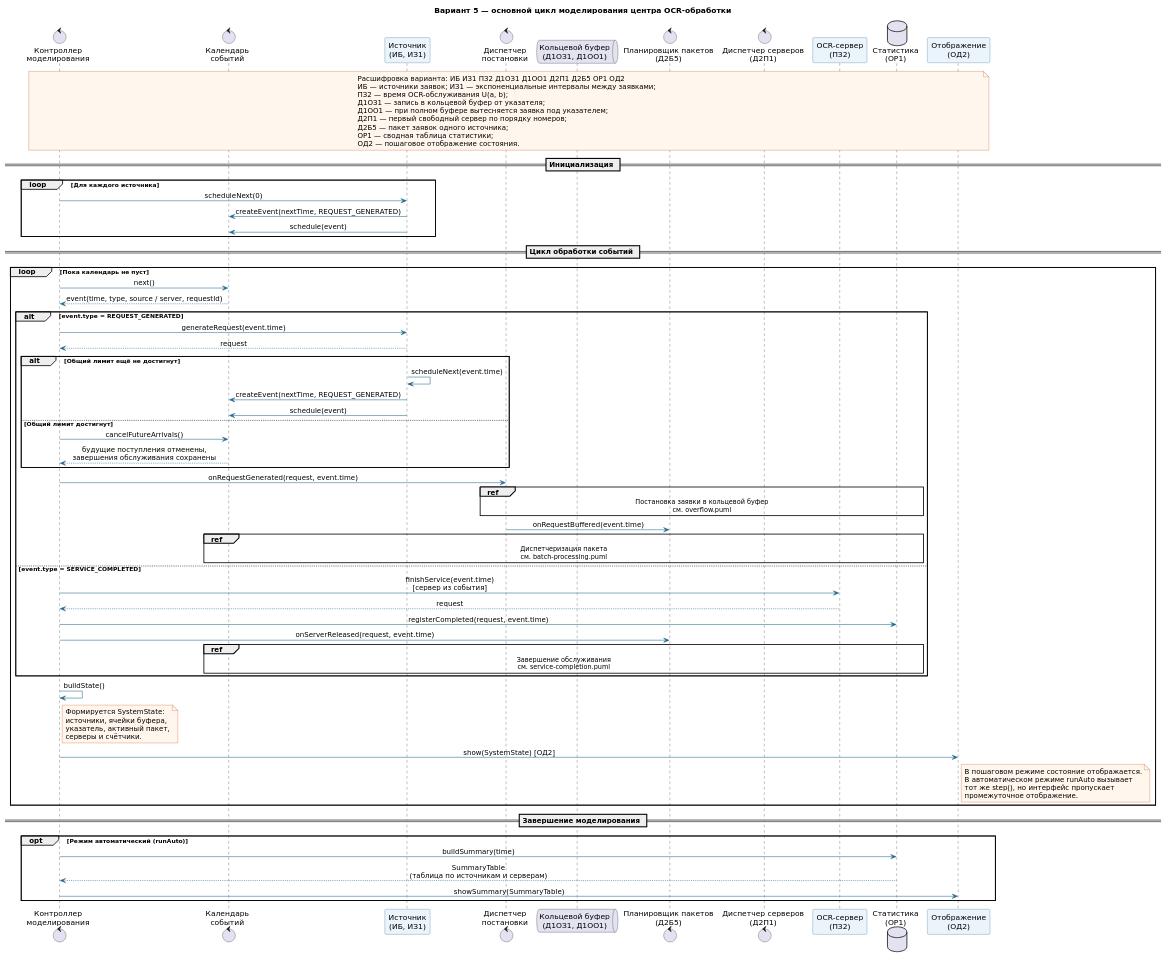
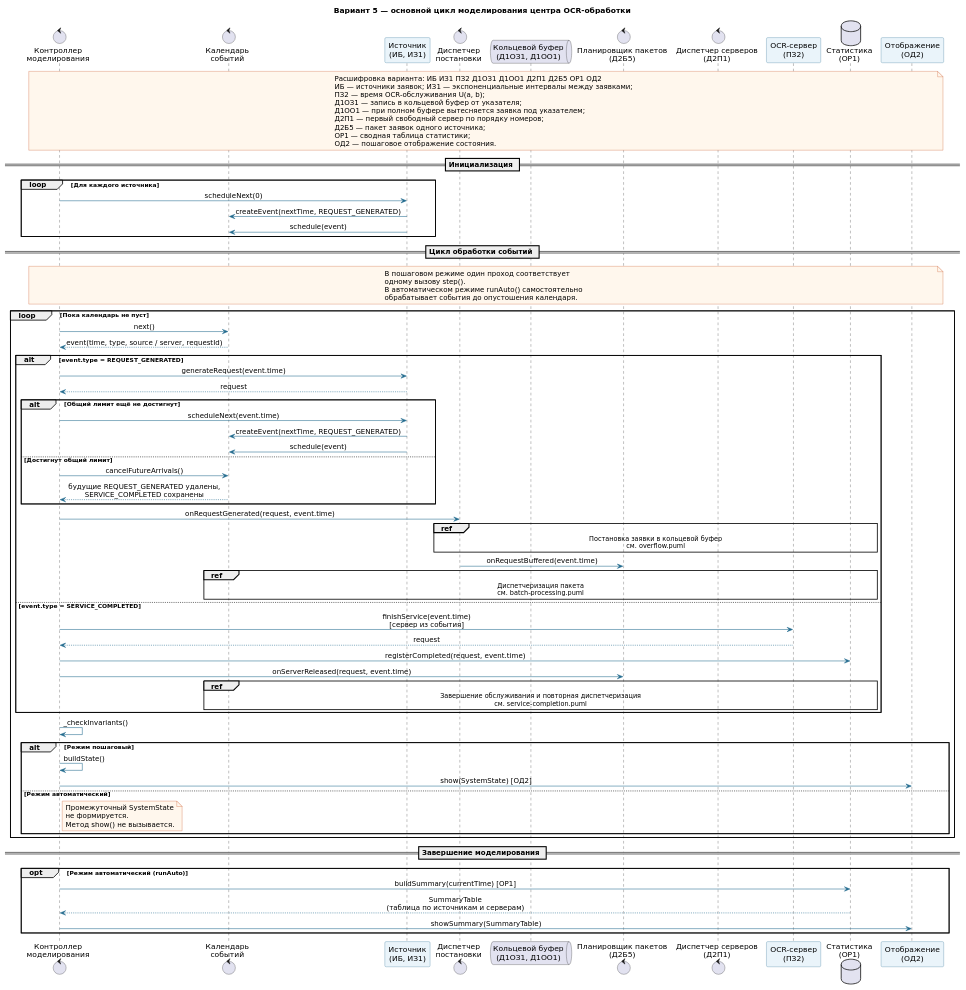
Before and after one commit to xanaoxx/smo-ocr-variant-5: the diagram in smo-ocr-variant-5/diagrams/sequence/main-flow.puml, drawn with PlantUML. The commit also changed other lines of this file, not shown here.

```diff
--- a/smo-ocr-variant-5/diagrams/sequence/main-flow.puml
+++ b/smo-ocr-variant-5/diagrams/sequence/main-flow.puml
@@ -1,118 +2,128 @@
 @startuml
 skinparam backgroundColor white
 skinparam shadowing false
 skinparam defaultFontName DejaVu Sans
 skinparam sequenceMessageAlign center
 skinparam ArrowColor #236B8E
 skinparam ParticipantBorderColor #236B8E
 skinparam ParticipantBackgroundColor #EAF4FA
 skinparam NoteBackgroundColor #FFF7ED
 skinparam NoteBorderColor #C2410C
 
 title Вариант 5 — основной цикл моделирования центра OCR-обработки
 
 control "Контроллер\nмоделирования" as Controller
 control "Календарь\nсобытий" as Calendar
 participant "Источник\n(ИБ, ИЗ1)" as Source
 control "Диспетчер\nпостановки" as Placement
 queue "Кольцевой буфер\n(Д1ОЗ1, Д1ОО1)" as Buffer
 control "Планировщик пакетов\n(Д2Б5)" as Batch
 control "Диспетчер серверов\n(Д2П1)" as ServerDispatch
 participant "OCR-сервер\n(ПЗ2)" as Worker
 database "Статистика\n(ОР1)" as Stats
 participant "Отображение\n(ОД2)" as View
 
 note over Controller, View
 Расшифровка варианта: ИБ ИЗ1 ПЗ2 Д1ОЗ1 Д1ОО1 Д2П1 Д2Б5 ОР1 ОД2
 ИБ — источники заявок; ИЗ1 — экспоненциальные интервалы между заявками;
 ПЗ2 — время OCR-обслуживания U(a, b);
 Д1ОЗ1 — запись в кольцевой буфер от указателя;
 Д1ОО1 — при полном буфере вытесняется заявка под указателем;
 Д2П1 — первый свободный сервер по порядку номеров;
 Д2Б5 — пакет заявок одного источника;
 ОР1 — сводная таблица статистики;
 ОД2 — пошаговое отображение состояния.
 end note
 
 == Инициализация ==
 
 loop Для каждого источника
   Controller -> Source: scheduleNext(0)
   Source -> Calendar: createEvent(nextTime, REQUEST_GENERATED)
   Source -> Calendar: schedule(event)
 end
 
 == Цикл обработки событий ==
 
+note over Controller, View
+В пошаговом режиме один проход соответствует
+одному вызову step().
+В автоматическом режиме runAuto() самостоятельно
+обрабатывает события до опустошения календаря.
+end note
+
 loop Пока календарь не пуст
 
   Controller -> Calendar: next()
   Calendar --> Controller: event(time, type, source / server, requestId)
 
   alt event.type = REQUEST_GENERATED
 
     Controller -> Source: generateRequest(event.time)
     Source --> Controller: request
 
     alt Общий лимит ещё не достигнут
-      Source -> Source: scheduleNext(event.time)
+
+      Controller -> Source: scheduleNext(event.time)
       Source -> Calendar: createEvent(nextTime, REQUEST_GENERATED)
       Source -> Calendar: schedule(event)
-    else Общий лимит достигнут
+
+    else Достигнут общий лимит
+
       Controller -> Calendar: cancelFutureArrivals()
-      Calendar --> Controller: будущие поступления отменены,\nзавершения обслуживания сохранены
+      Calendar --> Controller: будущие REQUEST_GENERATED удалены,\nSERVICE_COMPLETED сохранены
+
     end
 
     Controller -> Placement: onRequestGenerated(request, event.time)
 
     ref over Placement, Buffer, Stats: Постановка заявки в кольцевой буфер\nсм. overflow.puml
 
     Placement -> Batch: onRequestBuffered(event.time)
 
     ref over Batch, Buffer, ServerDispatch, Worker, Calendar, Stats: Диспетчеризация пакета\nсм. batch-processing.puml
 
   else event.type = SERVICE_COMPLETED
 
     Controller -> Worker: finishService(event.time)\n[сервер из события]
     Worker --> Controller: request
 
     Controller -> Stats: registerCompleted(request, event.time)
 
     Controller -> Batch: onServerReleased(request, event.time)
 
-    ref over Batch, Buffer, ServerDispatch, Worker, Calendar, Stats: Завершение обслуживания\nсм. service-completion.puml
+    ref over Batch, Buffer, ServerDispatch, Worker, Calendar, Stats: Завершение обслуживания и повторная диспетчеризация\nсм. service-completion.puml
 
   end
 
-  Controller -> Controller: buildState()
+  Controller -> Controller: _checkInvariants()
 
-  note right of Controller
-    Формируется SystemState:
-    источники, ячейки буфера,
-    указатель, активный пакет,
-    серверы и счётчики.
-  end note
+  alt Режим пошаговый
 
-  Controller -> View: show(SystemState) [ОД2]
+    Controller -> Controller: buildState()
+    Controller -> View: show(SystemState) [ОД2]
 
-  note right of View
-    В пошаговом режиме состояние отображается.
-    В автоматическом режиме runAuto вызывает
-    тот же step(), но интерфейс пропускает
-    промежуточное отображение.
-  end note
+  else Режим автоматический
+
+    note right of Controller
+      Промежуточный SystemState
+      не формируется.
+      Метод show() не вызывается.
+    end note
+
+  end
 
 end
 
 == Завершение моделирования ==
 
 opt Режим автоматический (runAuto)
 
-  Controller -> Stats: buildSummary(time)
+  Controller -> Stats: buildSummary(currentTime) [ОР1]
   Stats --> Controller: SummaryTable\n(таблица по источникам и серверам)
 
   Controller -> View: showSummary(SummaryTable)
 
 end
 
 @enduml
```
